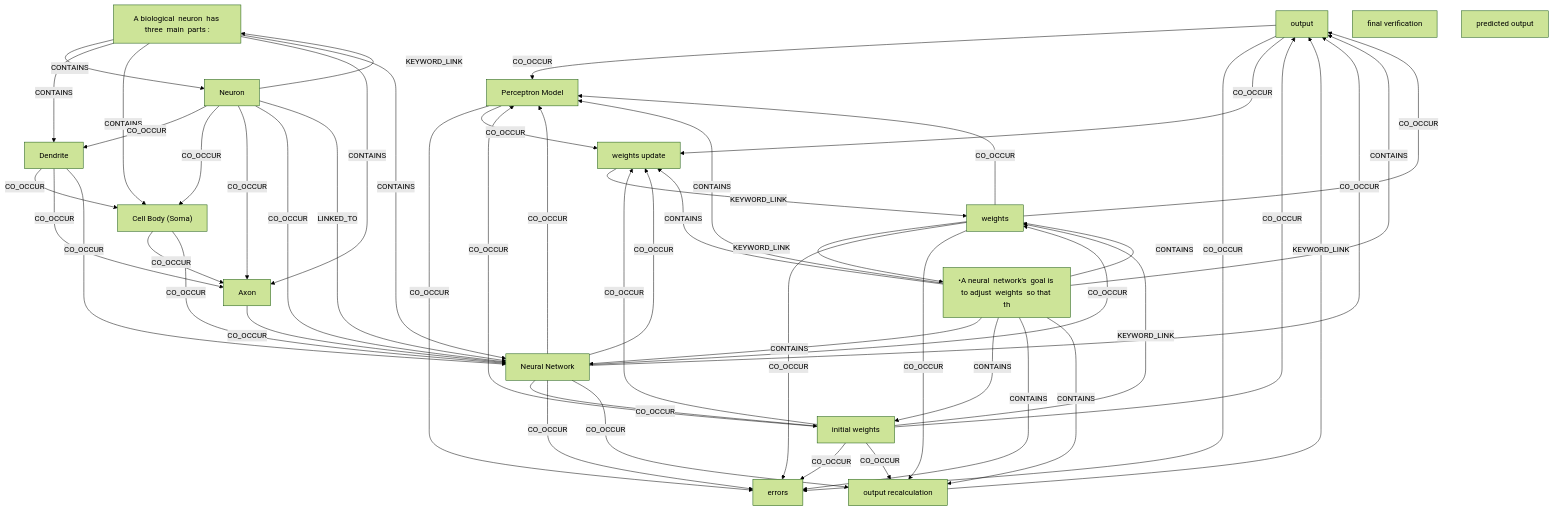
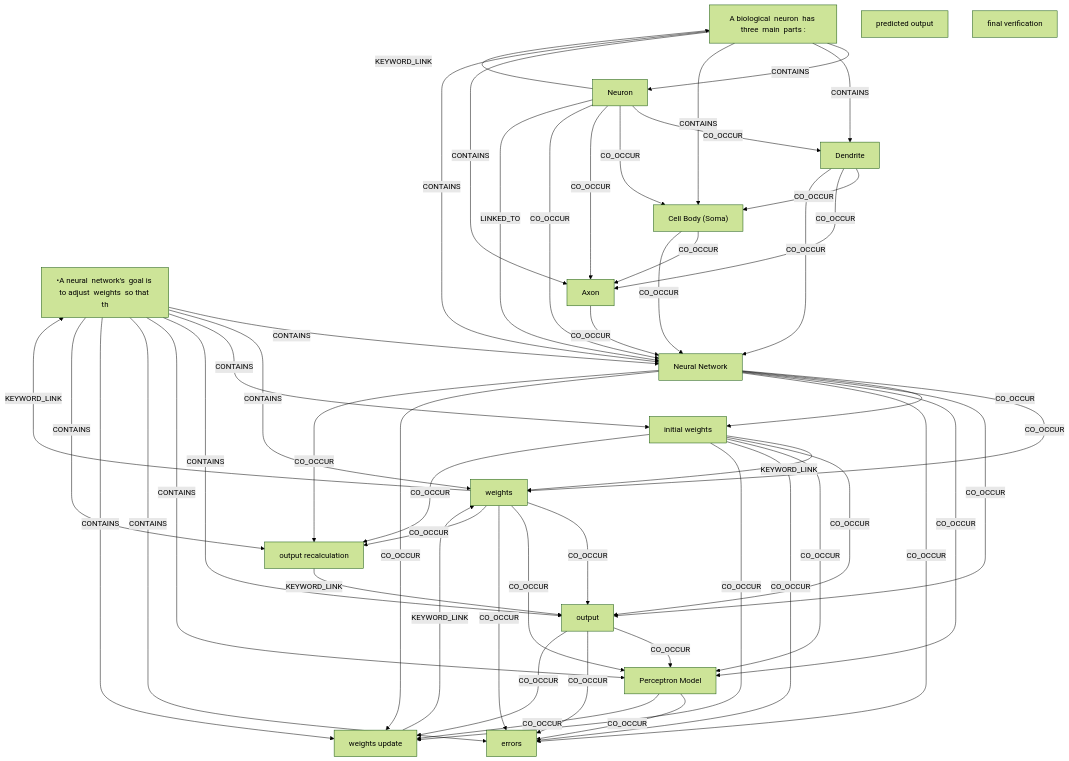
One commit to ankit-sengupta05/cyborg changed the diagram in AI_OS/Ontology/Ontology_Neuron.md. Above: the diagram before and after it, drawn with Mermaid (forest theme). The commit also changed other lines of this file and 12 other files, not shown here.

````diff
--- a/AI_OS/Ontology/Ontology_Neuron.md
+++ b/AI_OS/Ontology/Ontology_Neuron.md
@@ -26,69 +26,69 @@
 ```mermaid
 graph TD
-    n0["output"]
-    n1["A biological  neuron  has three  main  parts :"]
-    n2["final verification"]
-    n3["weights"]
-    n4["Neuron"]
-    n5["Dendrite"]
-    n6["Axon"]
-    n7["•A neural  network's  goal is to adjust  weights  so that th"]
-    n8["weights update"]
-    n9["Perceptron Model"]
+    n0["•A neural  network's  goal is to adjust  weights  so that th"]
+    n1["Neural Network"]
+    n2["Perceptron Model"]
+    n3["errors"]
+    n4["output"]
+    n5["A biological  neuron  has three  main  parts :"]
+    n6["output recalculation"]
+    n7["Axon"]
+    n8["predicted output"]
+    n9["final verification"]
     n10["initial weights"]
-    n11["Cell Body (Soma)"]
-    n12["predicted output"]
-    n13["errors"]
-    n14["Neural Network"]
-    n15["output recalculation"]
-    n4 -->|KEYWORD_LINK| n1
-    n1 -->|CONTAINS| n4
-    n1 -->|CONTAINS| n5
-    n1 -->|CONTAINS| n11
-    n1 -->|CONTAINS| n6
-    n1 -->|CONTAINS| n14
-    n4 -->|CO_OCCUR| n5
+    n11["weights update"]
+    n12["weights"]
+    n13["Neuron"]
+    n14["Dendrite"]
+    n15["Cell Body (Soma)"]
+    n13 -->|KEYWORD_LINK| n5
+    n5 -->|CONTAINS| n13
+    n5 -->|CONTAINS| n14
+    n5 -->|CONTAINS| n15
+    n5 -->|CONTAINS| n7
+    n5 -->|CONTAINS| n1
+    n13 -->|CO_OCCUR| n14
+    n13 -->|CO_OCCUR| n15
+    n13 -->|CO_OCCUR| n7
+    n13 -->|CO_OCCUR| n1
+    n14 -->|CO_OCCUR| n15
+    n14 -->|CO_OCCUR| n7
+    n14 -->|CO_OCCUR| n1
+    n15 -->|CO_OCCUR| n7
+    n15 -->|CO_OCCUR| n1
+    n7 -->|CO_OCCUR| n1
+    n13 -->|LINKED_TO| n1
+    n0 -->|CONTAINS| n1
+    n12 -->|KEYWORD_LINK| n0
+    n0 -->|CONTAINS| n12
+    n10 -->|KEYWORD_LINK| n12
+    n0 -->|CONTAINS| n10
+    n0 -->|CONTAINS| n4
+    n0 -->|CONTAINS| n2
+    n0 -->|CONTAINS| n3
+    n11 -->|KEYWORD_LINK| n12
+    n0 -->|CONTAINS| n11
+    n6 -->|KEYWORD_LINK| n4
+    n0 -->|CONTAINS| n6
+    n1 -->|CO_OCCUR| n12
+    n1 -->|CO_OCCUR| n10
+    n1 -->|CO_OCCUR| n4
+    n1 -->|CO_OCCUR| n2
+    n1 -->|CO_OCCUR| n3
+    n1 -->|CO_OCCUR| n11
+    n1 -->|CO_OCCUR| n6
+    n12 -->|CO_OCCUR| n4
+    n12 -->|CO_OCCUR| n2
+    n12 -->|CO_OCCUR| n3
+    n12 -->|CO_OCCUR| n6
+    n10 -->|CO_OCCUR| n4
+    n10 -->|CO_OCCUR| n2
+    n10 -->|CO_OCCUR| n3
+    n10 -->|CO_OCCUR| n11
+    n10 -->|CO_OCCUR| n6
+    n4 -->|CO_OCCUR| n2
+    n4 -->|CO_OCCUR| n3
     n4 -->|CO_OCCUR| n11
-    n4 -->|CO_OCCUR| n6
-    n4 -->|CO_OCCUR| n14
-    n5 -->|CO_OCCUR| n11
-    n5 -->|CO_OCCUR| n6
-    n5 -->|CO_OCCUR| n14
-    n11 -->|CO_OCCUR| n6
-    n11 -->|CO_OCCUR| n14
-    n6 -->|CO_OCCUR| n14
-    n4 -->|LINKED_TO| n14
-    n7 -->|CONTAINS| n14
-    n3 -->|KEYWORD_LINK| n7
-    n7 -->|CONTAINS| n3
-    n10 -->|KEYWORD_LINK| n3
-    n7 -->|CONTAINS| n10
-    n7 -->|CONTAINS| n0
-    n7 -->|CONTAINS| n9
-    n7 -->|CONTAINS| n13
-    n8 -->|KEYWORD_LINK| n3
-    n7 -->|CONTAINS| n8
-    n15 -->|KEYWORD_LINK| n0
-    n7 -->|CONTAINS| n15
-    n14 -->|CO_OCCUR| n3
-    n14 -->|CO_OCCUR| n10
-    n14 -->|CO_OCCUR| n0
-    n14 -->|CO_OCCUR| n9
-    n14 -->|CO_OCCUR| n13
-    n14 -->|CO_OCCUR| n8
-    n14 -->|CO_OCCUR| n15
-    n3 -->|CO_OCCUR| n0
-    n3 -->|CO_OCCUR| n9
-    n3 -->|CO_OCCUR| n13
-    n3 -->|CO_OCCUR| n15
-    n10 -->|CO_OCCUR| n0
-    n10 -->|CO_OCCUR| n9
-    n10 -->|CO_OCCUR| n13
-    n10 -->|CO_OCCUR| n8
-    n10 -->|CO_OCCUR| n15
-    n0 -->|CO_OCCUR| n9
-    n0 -->|CO_OCCUR| n13
-    n0 -->|CO_OCCUR| n8
-    n9 -->|CO_OCCUR| n13
-    n9 -->|CO_OCCUR| n8
+    n2 -->|CO_OCCUR| n3
+    n2 -->|CO_OCCUR| n11
 ```
````
